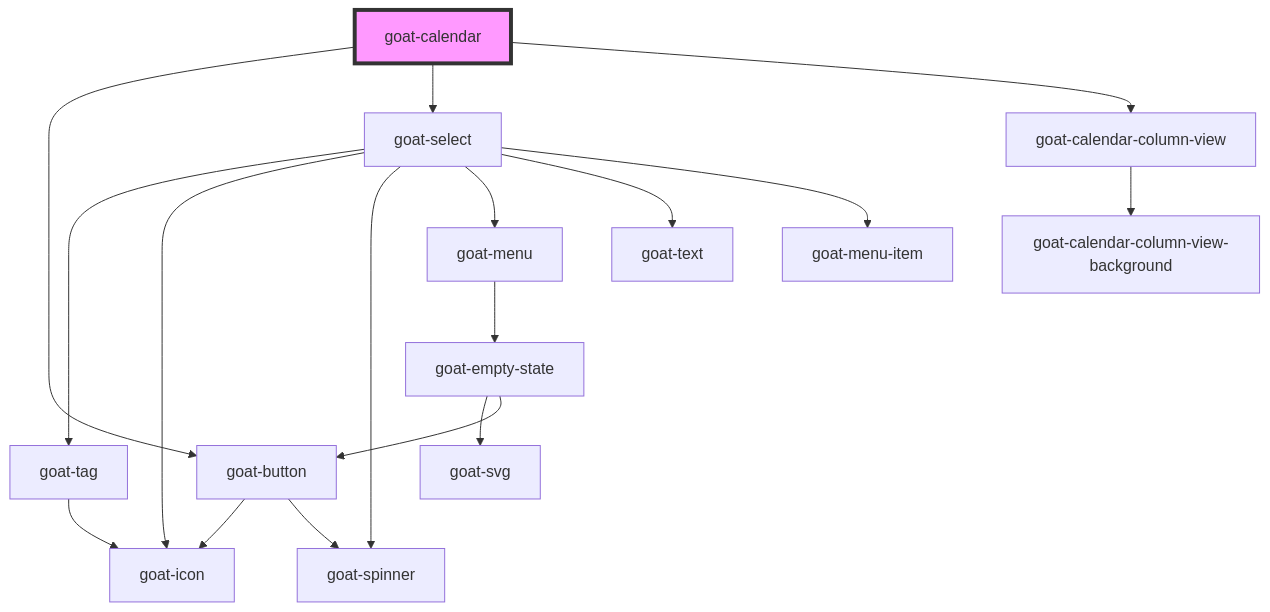
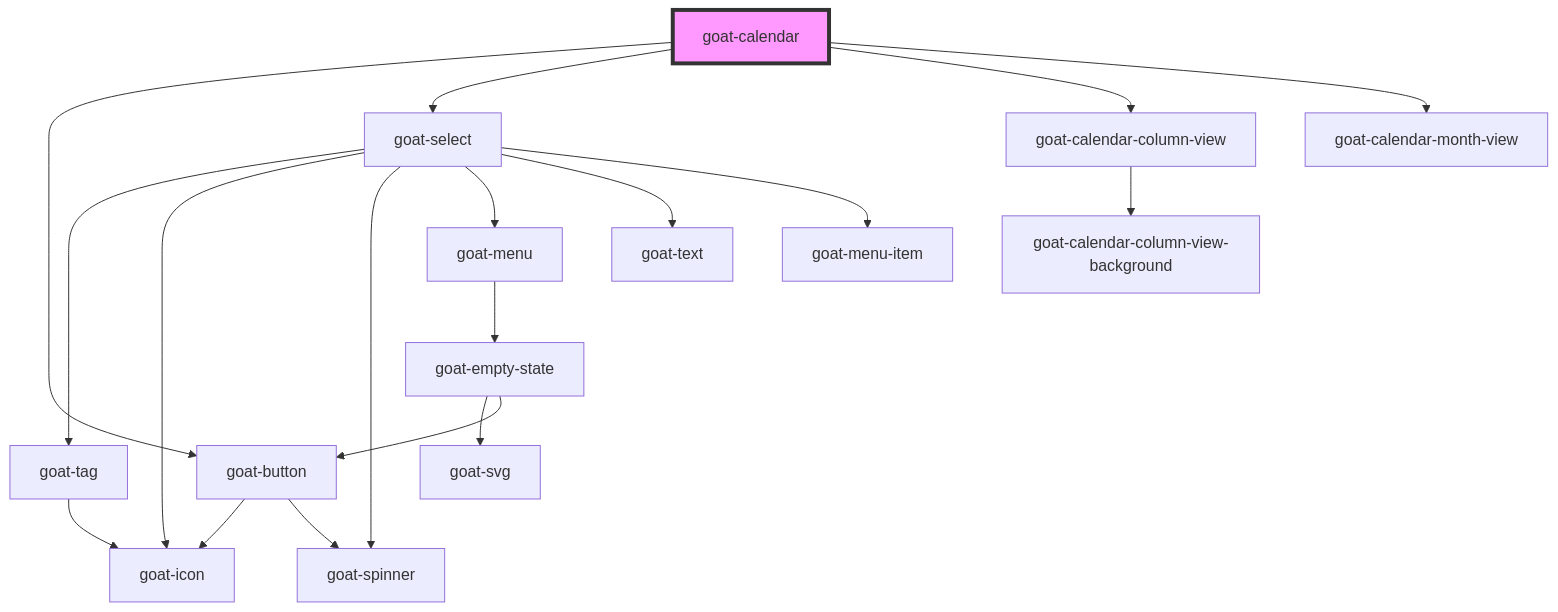
One commit to goatui/components changed the diagram in src/components/calendar/calendar/readme.md. Above: the diagram before and after it, drawn with Mermaid. The commit also changed other lines of this file and 36 other files, not shown here.

````diff
--- a/src/components/calendar/calendar/readme.md
+++ b/src/components/calendar/calendar/readme.md
@@ -37,20 +38,21 @@
 ```mermaid
 graph TD;
   goat-calendar --> goat-button
   goat-calendar --> goat-select
   goat-calendar --> goat-calendar-column-view
+  goat-calendar --> goat-calendar-month-view
   goat-button --> goat-icon
   goat-button --> goat-spinner
   goat-select --> goat-tag
   goat-select --> goat-icon
   goat-select --> goat-spinner
   goat-select --> goat-menu
   goat-select --> goat-text
   goat-select --> goat-menu-item
   goat-tag --> goat-icon
   goat-menu --> goat-empty-state
   goat-empty-state --> goat-svg
   goat-empty-state --> goat-button
   goat-calendar-column-view --> goat-calendar-column-view-background
   style goat-calendar fill:#f9f,stroke:#333,stroke-width:4px
 ```
````
